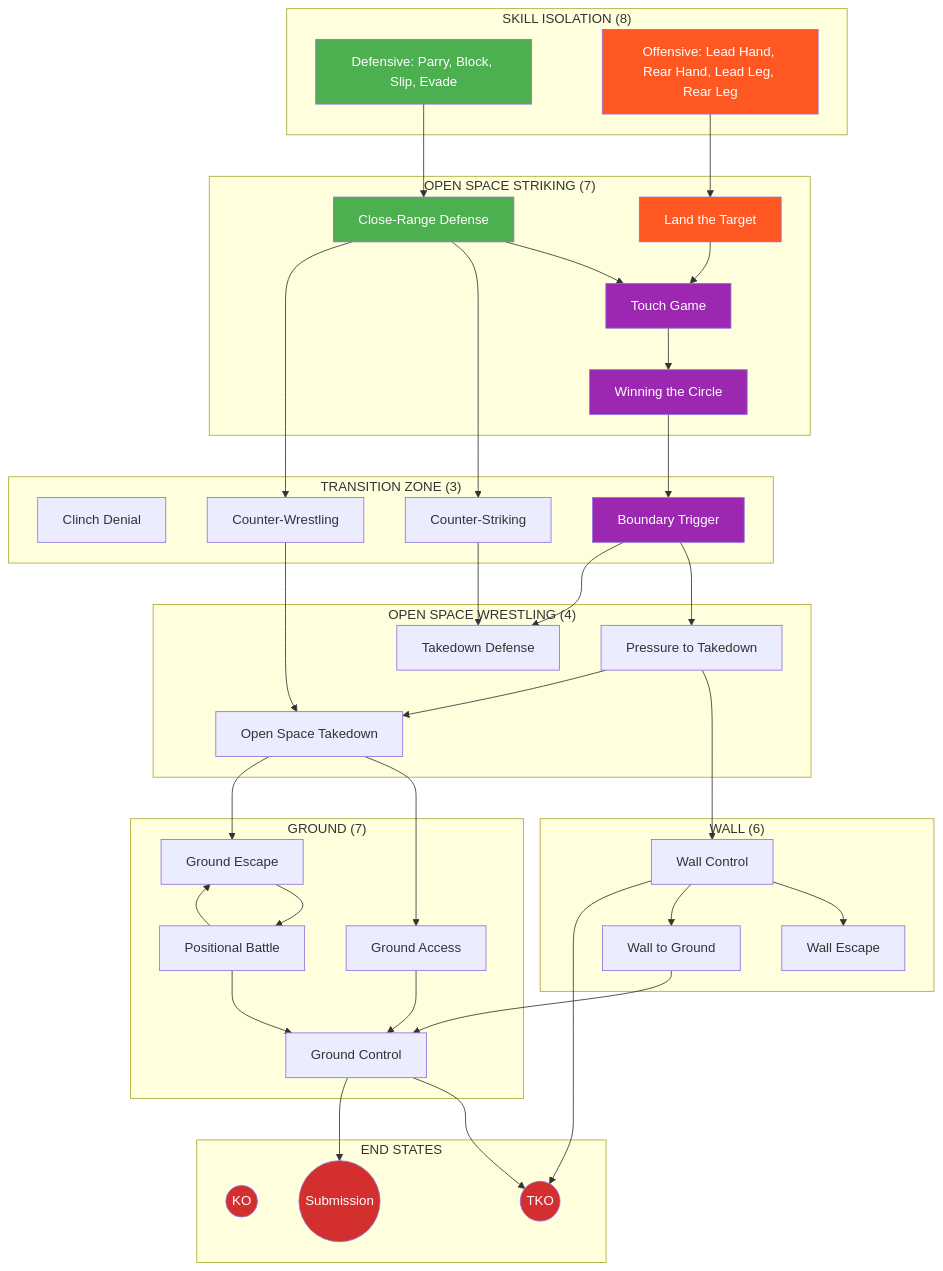
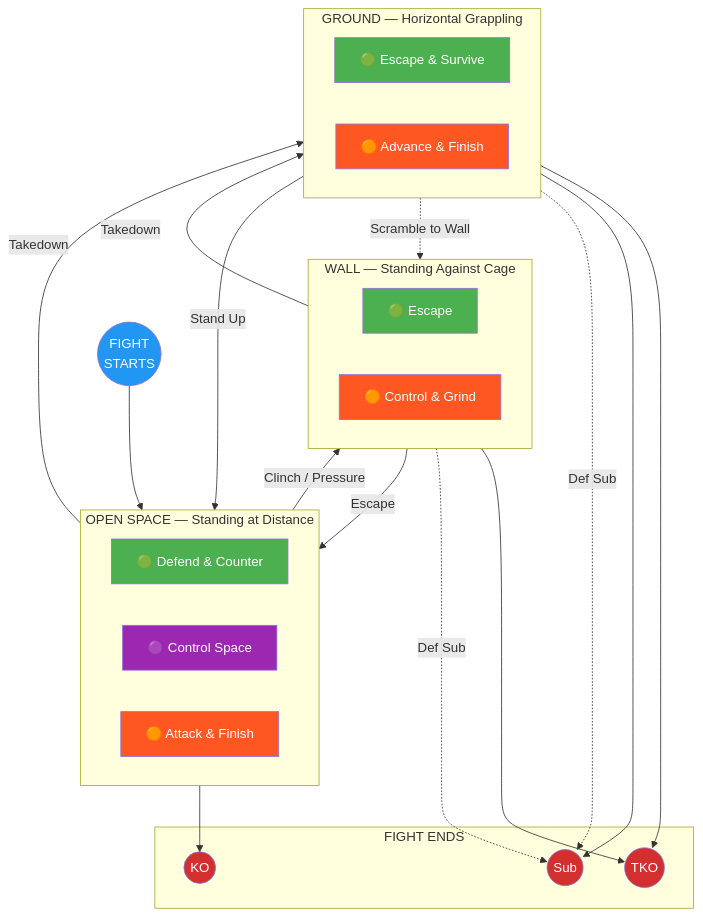
One commit to ACalienes/Ecological-MMA-Game-System changed the diagram in docs/index.md. Above: the diagram before and after it, drawn with Mermaid. The commit also changed other lines of this file and 62 other files, not shown here.

````diff
--- a/docs/index.md
+++ b/docs/index.md
@@ -71,89 +69,66 @@
 ```mermaid
-flowchart TD
-    subgraph SKILL["SKILL ISOLATION (8)"]
-        DEF[Defensive: Parry, Block, Slip, Evade]
-        OFF[Offensive: Lead Hand, Rear Hand, Lead Leg, Rear Leg]
+flowchart TB
+    START((FIGHT<br>STARTS)) --> OPEN
+
+    subgraph OPEN["OPEN SPACE — Standing at Distance"]
+        direction LR
+        O_DEF["🟢 Defend & Counter"]
+        O_CTL["🟣 Control Space"]
+        O_ATK["🟠 Attack & Finish"]
     end
 
-    subgraph STRIKING["OPEN SPACE STRIKING (7)"]
-        TG[Touch Game]
-        CRD[Close-Range Defense]
-        LT[Land the Target]
-        WC[Winning the Circle]
+    subgraph WALL["WALL — Standing Against Cage"]
+        direction LR
+        W_DEF["🟢 Escape"]
+        W_ATK["🟠 Control & Grind"]
     end
 
-    subgraph TRANSITION["TRANSITION ZONE (3)"]
-        CD[Clinch Denial]
-        CS[Counter-Striking]
-        CW[Counter-Wrestling]
-        BT[Boundary Trigger]
+    subgraph GROUND["GROUND — Horizontal Grappling"]
+        direction LR
+        G_DEF["🟢 Escape & Survive"]
+        G_ATK["🟠 Advance & Finish"]
     end
 
-    subgraph WRESTLING["OPEN SPACE WRESTLING (4)"]
-        TDD[Takedown Defense]
-        PTT[Pressure to Takedown]
-        OST[Open Space Takedown]
+    subgraph FINISH["FIGHT ENDS"]
+        KO((KO))
+        TKO((TKO))
+        SUB((Sub))
     end
 
-    subgraph WALL["WALL (6)"]
-        WCON[Wall Control]
-        WE[Wall Escape]
-        WG[Wall to Ground]
-    end
+    %% Transitions between positions
+    OPEN -->|"Clinch / Pressure"| WALL
+    OPEN -->|"Takedown"| GROUND
+    WALL -->|"Escape"| OPEN
+    WALL -->|"Takedown"| GROUND
+    GROUND -->|"Stand Up"| OPEN
+    GROUND -.->|"Scramble to Wall"| WALL
 
-    subgraph GROUND["GROUND (7)"]
-        GA[Ground Access]
-        GC[Ground Control]
-        GE[Ground Escape]
-        PB[Positional Battle]
-    end
+    %% Paths to finish
+    O_ATK --> KO
+    W_ATK --> TKO
+    G_ATK --> TKO
+    G_ATK --> SUB
+    G_DEF -.->|"Def Sub"| SUB
+    W_DEF -.->|"Def Sub"| SUB
 
-    subgraph FINISH["END STATES"]
-        KO((KO))
-        TKO((TKO))
-        SUB((Submission))
-    end
-
-    DEF --> CRD
-    OFF --> LT
-    CRD --> TG
-    LT --> TG
-    TG --> WC
-    WC --> BT
-    CRD --> CS
-    CRD --> CW
-
-    BT --> PTT
-    BT --> TDD
-    CS --> TDD
-    CW --> OST
-
-    PTT --> WCON
-    PTT --> OST
-    OST --> GA
-    OST --> GE
-
-    WCON --> WE
-    WCON --> WG
-    WG --> GC
-
-    GA --> GC
-    GE --> PB
-    PB --> GC
-    PB --> GE
-
-    GC --> TKO
-    GC --> SUB
-    WCON --> TKO
-
-    style DEF fill:#4CAF50,color:#fff
-    style OFF fill:#FF5722,color:#fff
-    style TG fill:#9C27B0,color:#fff
-    style CRD fill:#4CAF50,color:#fff
-    style LT fill:#FF5722,color:#fff
-    style WC fill:#9C27B0,color:#fff
-    style BT fill:#9C27B0,color:#fff
+    %% Styling
+    style START fill:#2196F3,color:#fff
+    style O_DEF fill:#4CAF50,color:#fff
+    style O_CTL fill:#9C27B0,color:#fff
+    style O_ATK fill:#FF5722,color:#fff
+    style W_DEF fill:#4CAF50,color:#fff
+    style W_ATK fill:#FF5722,color:#fff
+    style G_DEF fill:#4CAF50,color:#fff
+    style G_ATK fill:#FF5722,color:#fff
     style KO fill:#D32F2F,color:#fff
     style TKO fill:#D32F2F,color:#fff
     style SUB fill:#D32F2F,color:#fff
+
+    click O_DEF "#open-space-defensive"
+    click O_CTL "#open-space-control"
+    click O_ATK "#open-space-offensive"
+    click W_DEF "#wall-defensive"
+    click W_ATK "#wall-offensive"
+    click G_DEF "#ground-defensive"
+    click G_ATK "#ground-offensive"
 ```
````
